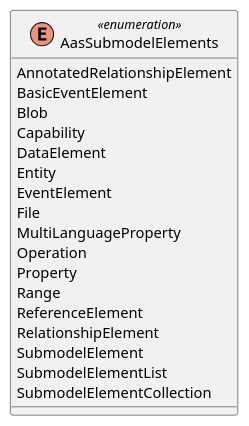
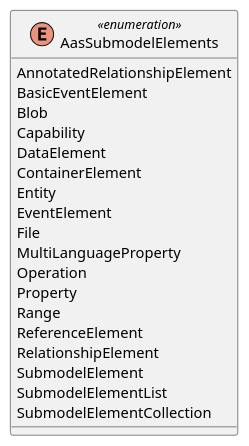
Before and after one commit to admin-shell-io/aas-specs: the diagram in documentation/IDTA-01001/modules/ROOT/partials/diagrams/classes/enum-aas-submodel-elements.puml, drawn with PlantUML. The commit also changed 6 other files, not shown here.

Commit message:
#333 ContainerElement introduced as abstract class + key enums adapted

```diff
--- a/documentation/IDTA-01001/modules/ROOT/partials/diagrams/classes/enum-aas-submodel-elements.puml
+++ b/documentation/IDTA-01001/modules/ROOT/partials/diagrams/classes/enum-aas-submodel-elements.puml
@@ -1,21 +1,22 @@
 @startuml
 enum AasSubmodelElements <<enumeration>> {
   AnnotatedRelationshipElement
   BasicEventElement
   Blob
   Capability
   DataElement
+  ContainerElement
   Entity
   EventElement
   File
   MultiLanguageProperty
   Operation
   Property
   Range
   ReferenceElement
   RelationshipElement
   SubmodelElement
   SubmodelElementList
   SubmodelElementCollection
 }
 @enduml
```
